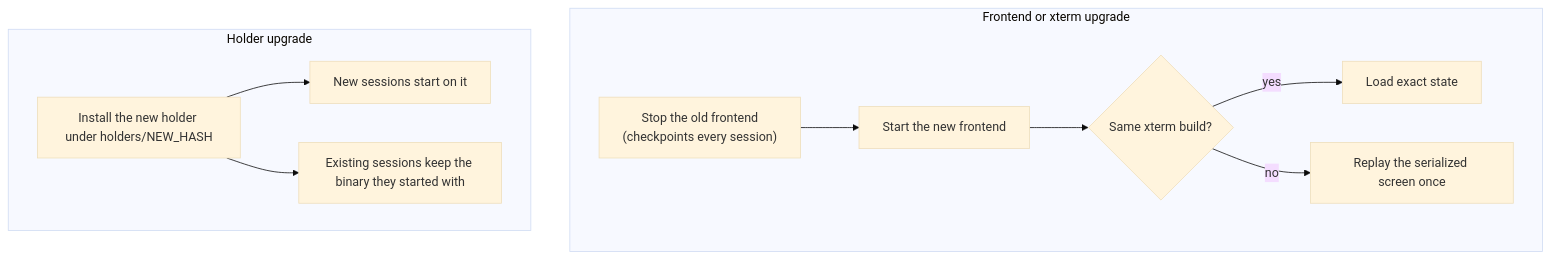
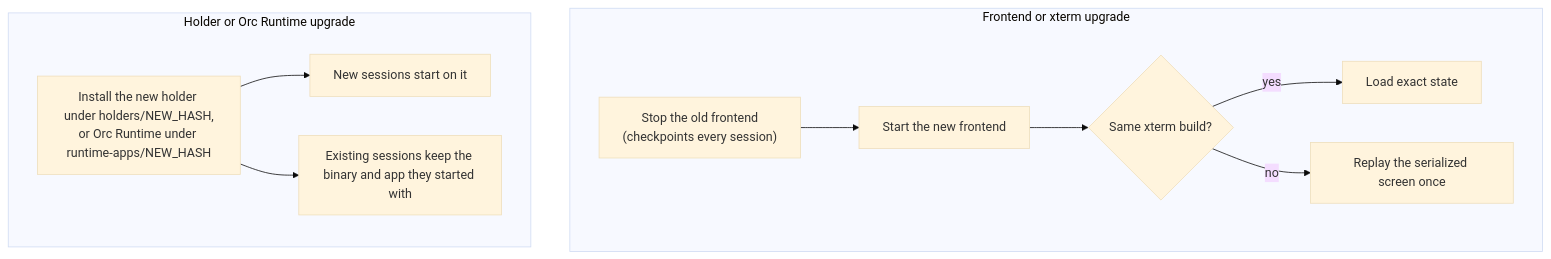
The seventh of 7 diagrams in slim/ARCHITECTURE.md (phillipleblanc/orc), drawn with Mermaid (base theme) before and after one commit. The commit also changed other lines of this file and 10 other files, not shown here.

````diff
--- a/slim/ARCHITECTURE.md
+++ b/slim/ARCHITECTURE.md
@@ -243,14 +249,14 @@
 ```mermaid
 flowchart TB
     subgraph frontendUpgrade["Frontend or xterm upgrade"]
         stop["Stop the old frontend<br/>(checkpoints every session)"] --> start["Start the new frontend"]
         start --> same{"Same xterm build?"}
         same -- yes --> exact["Load exact state"]
         same -- no --> approximate["Replay the serialized screen once"]
     end
 
-    subgraph holderUpgrade["Holder upgrade"]
-        install["Install the new holder under holders/NEW_HASH"] --> newSessions["New sessions start on it"]
-        install --> oldSessions["Existing sessions keep the binary they started with"]
+    subgraph holderUpgrade["Holder or Orc Runtime upgrade"]
+        install["Install the new holder under holders/NEW_HASH,<br/>or Orc Runtime under runtime-apps/NEW_HASH"] --> newSessions["New sessions start on it"]
+        install --> oldSessions["Existing sessions keep the binary and app they started with"]
     end
 ```
````
